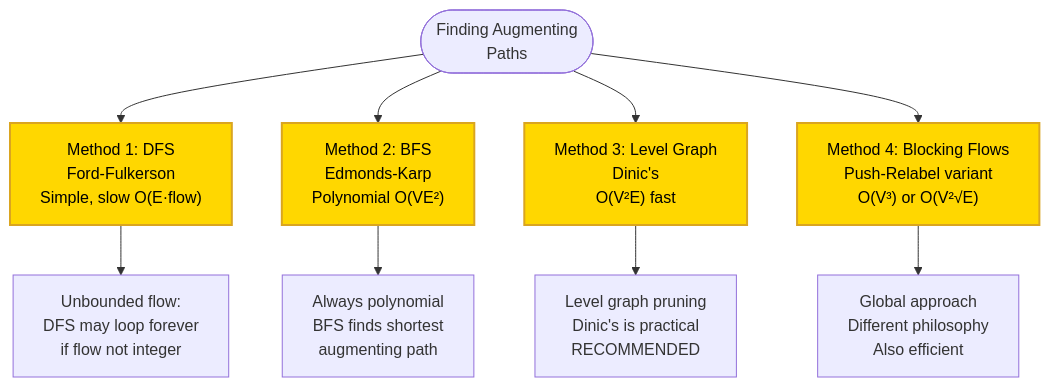
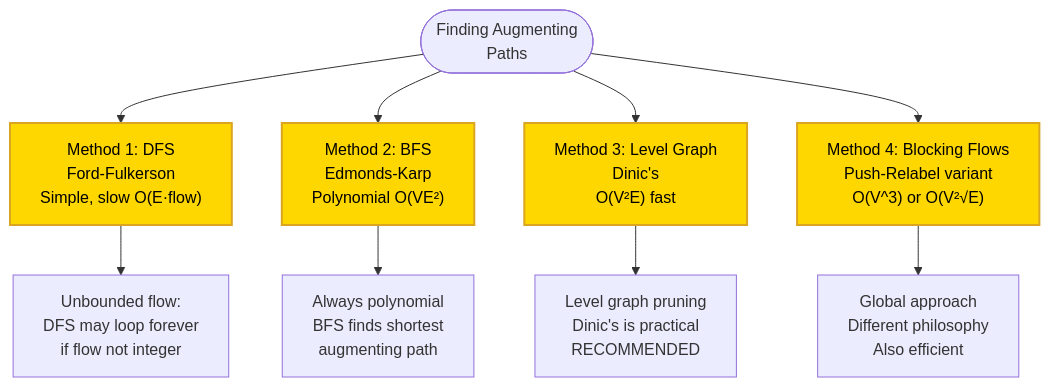
One commit to souradeepta/interviewprep changed diagram 21 of 41 in docs/algorithms/advanced/advanced_algorithms.md. Above: the diagram before and after it, drawn with Mermaid. The commit also changed other lines of this file, not shown here.

Commit message:
fix: replace Unicode superscript characters with ASCII equivalents in Mermaid flowchart

````diff
--- a/docs/algorithms/advanced/advanced_algorithms.md
+++ b/docs/algorithms/advanced/advanced_algorithms.md
@@ -860,15 +860,15 @@
 ```mermaid
 flowchart TD
     A(["Finding Augmenting<br/>Paths"]) --> M1["Method 1: DFS<br/>Ford-Fulkerson<br/>Simple, slow O(E·flow)"]
     A --> M2["Method 2: BFS<br/>Edmonds-Karp<br/>Polynomial O(VE²)"]
     A --> M3["Method 3: Level Graph<br/>Dinic's<br/>O(V²E) fast"]
-    A --> M4["Method 4: Blocking Flows<br/>Push-Relabel variant<br/>O(V³) or O(V²√E)"]
+    A --> M4["Method 4: Blocking Flows<br/>Push-Relabel variant<br/>O(V^3) or O(V²√E)"]
     
     M1 --> Ex1["Unbounded flow:<br/>DFS may loop forever<br/>if flow not integer"]
     M2 --> Ex2["Always polynomial<br/>BFS finds shortest<br/>augmenting path"]
     M3 --> Ex3["Level graph pruning<br/>Dinic's is practical<br/>RECOMMENDED"]
     M4 --> Ex4["Global approach<br/>Different philosophy<br/>Also efficient"]
     
     classDef method fill:#FFD700,stroke:#DAA520,stroke-width:2px,color:#000
     class M1,M2,M3,M4 method
 ```
````
